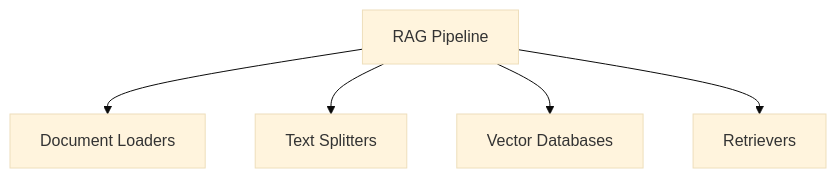
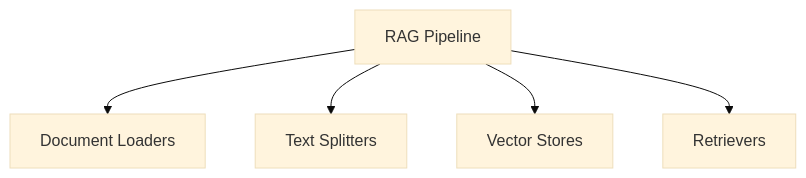
One commit to soumadip-dev/GenAI-Playground changed the first of 5 diagrams in notes/06_rag.md. Above: the diagram before and after it, drawn with Mermaid (base theme). The commit also changed other lines of this file and 15 other files, not shown here.

````diff
--- a/notes/06_rag.md
+++ b/notes/06_rag.md
@@ -13,7 +19,7 @@
 ```mermaid
 graph TD
     RAG["RAG Pipeline"] --> A["Document Loaders"]
     RAG --> B["Text Splitters"]
-    RAG --> C["Vector Databases"]
+    RAG --> C["Vector Stores"]
     RAG --> D["Retrievers"]
 ```
````
